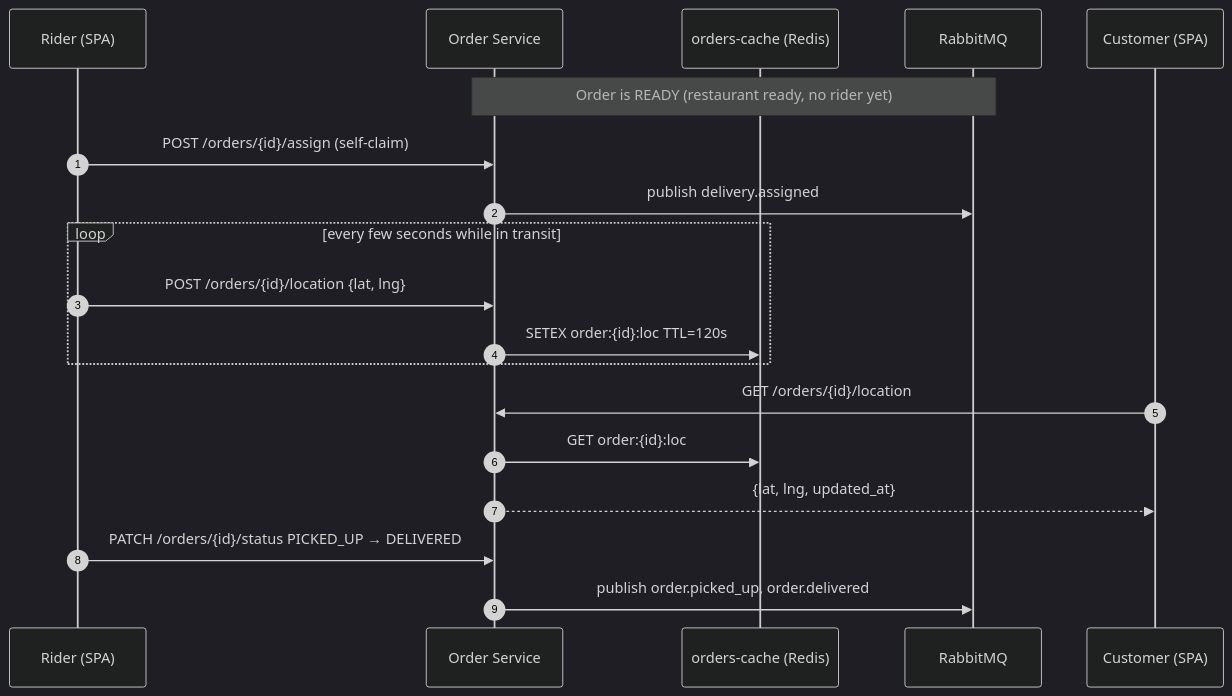
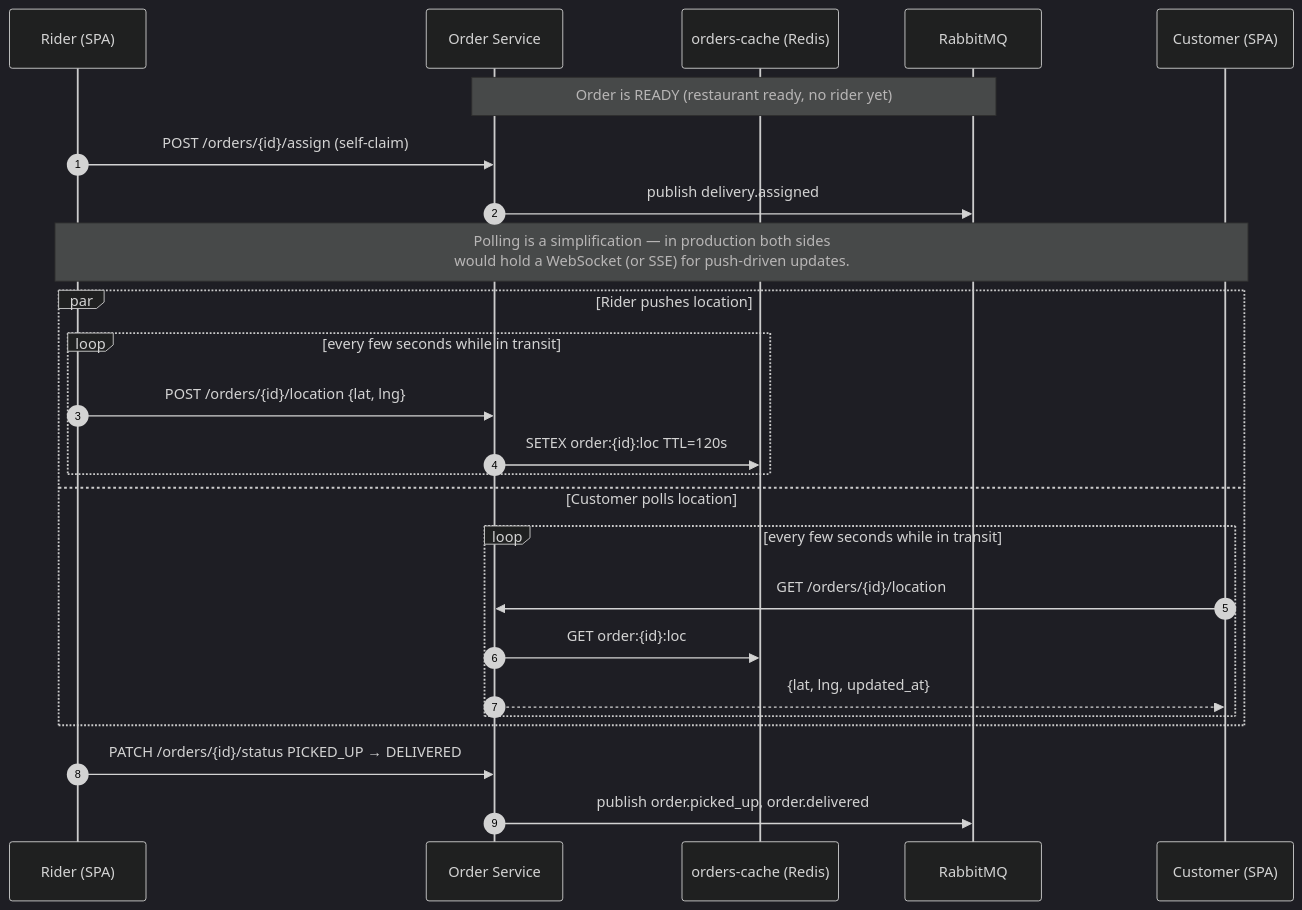
One commit to ThePainTester/food-delivery changed the third of 4 diagrams in README.md. Above: the diagram before and after it, drawn with Mermaid (dark theme). The commit also changed other lines of this file and 3 other files, not shown here.

````diff
--- a/README.md
+++ b/README.md
@@ -93,22 +93,28 @@
 ```mermaid
 sequenceDiagram
   autonumber
   participant R as Rider (SPA)
   participant OS as Order Service
   participant Redis as orders-cache (Redis)
   participant MQ as RabbitMQ
   participant C as Customer (SPA)
 
   Note over OS,MQ: Order is READY (restaurant ready, no rider yet)
   R->>OS: POST /orders/{id}/assign (self-claim)
   OS->>MQ: publish delivery.assigned
-  loop every few seconds while in transit
-    R->>OS: POST /orders/{id}/location {lat, lng}
-    OS->>Redis: SETEX order:{id}:loc TTL=120s
+  Note over R,C: Polling is a simplification — in production both sides<br/>would hold a WebSocket (or SSE) for push-driven updates.
+  par Rider pushes location
+    loop every few seconds while in transit
+      R->>OS: POST /orders/{id}/location {lat, lng}
+      OS->>Redis: SETEX order:{id}:loc TTL=120s
+    end
+  and Customer polls location
+    loop every few seconds while in transit
+      C->>OS: GET /orders/{id}/location
+      OS->>Redis: GET order:{id}:loc
+      OS-->>C: {lat, lng, updated_at}
+    end
   end
-  C->>OS: GET /orders/{id}/location
-  OS->>Redis: GET order:{id}:loc
-  OS-->>C: {lat, lng, updated_at}
   R->>OS: PATCH /orders/{id}/status PICKED_UP → DELIVERED
   OS->>MQ: publish order.picked_up, order.delivered
 ```
````
